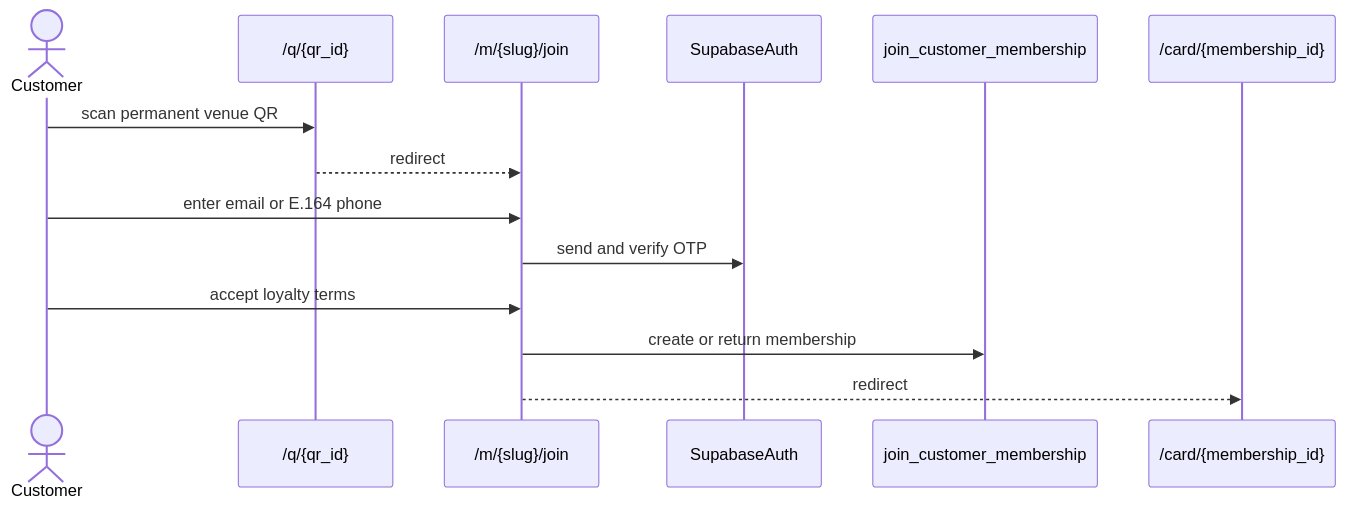
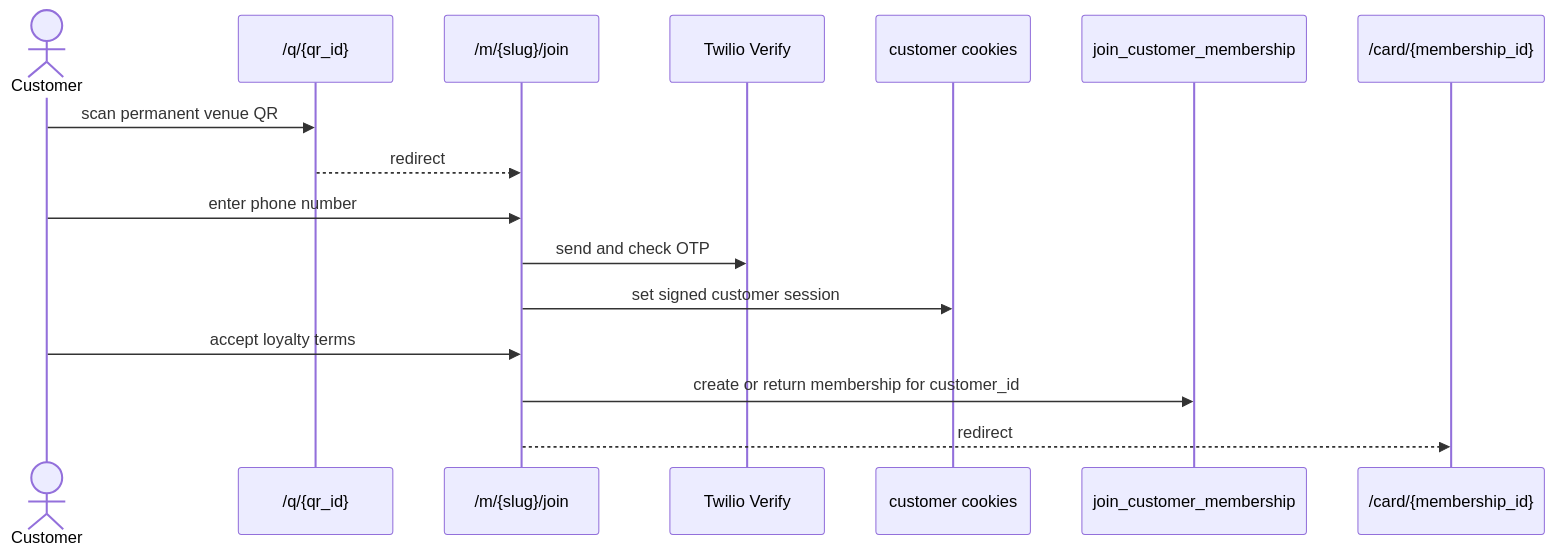
One commit to lapeninns/nabaperks changed the third of 5 diagrams in docs/ARCHITECTURE.md. Above: the diagram before and after it, drawn with Mermaid. The commit also changed other lines of this file and 219 other files, not shown here.

````diff
--- a/docs/ARCHITECTURE.md
+++ b/docs/ARCHITECTURE.md
@@ -148,16 +118,18 @@
 ```mermaid
 sequenceDiagram
   actor Customer
   participant QR as /q/{qr_id}
   participant Join as /m/{slug}/join
-  participant Auth as SupabaseAuth
+  participant Verify as Twilio Verify
+  participant Session as customer cookies
   participant RPC as join_customer_membership
   participant Card as /card/{membership_id}
   Customer->>QR: scan permanent venue QR
   QR-->>Join: redirect
-  Customer->>Join: enter email or E.164 phone
-  Join->>Auth: send and verify OTP
+  Customer->>Join: enter phone number
+  Join->>Verify: send and check OTP
+  Join->>Session: set signed customer session
   Customer->>Join: accept loyalty terms
-  Join->>RPC: create or return membership
+  Join->>RPC: create or return membership for customer_id
   Join-->>Card: redirect
 ```
````
